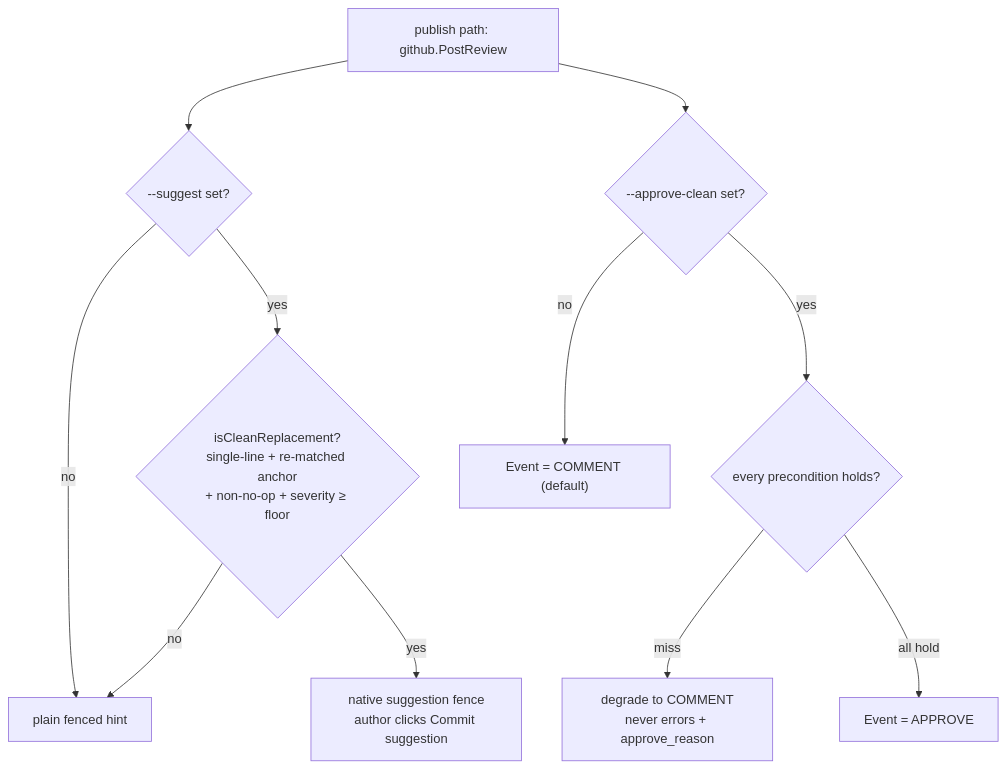
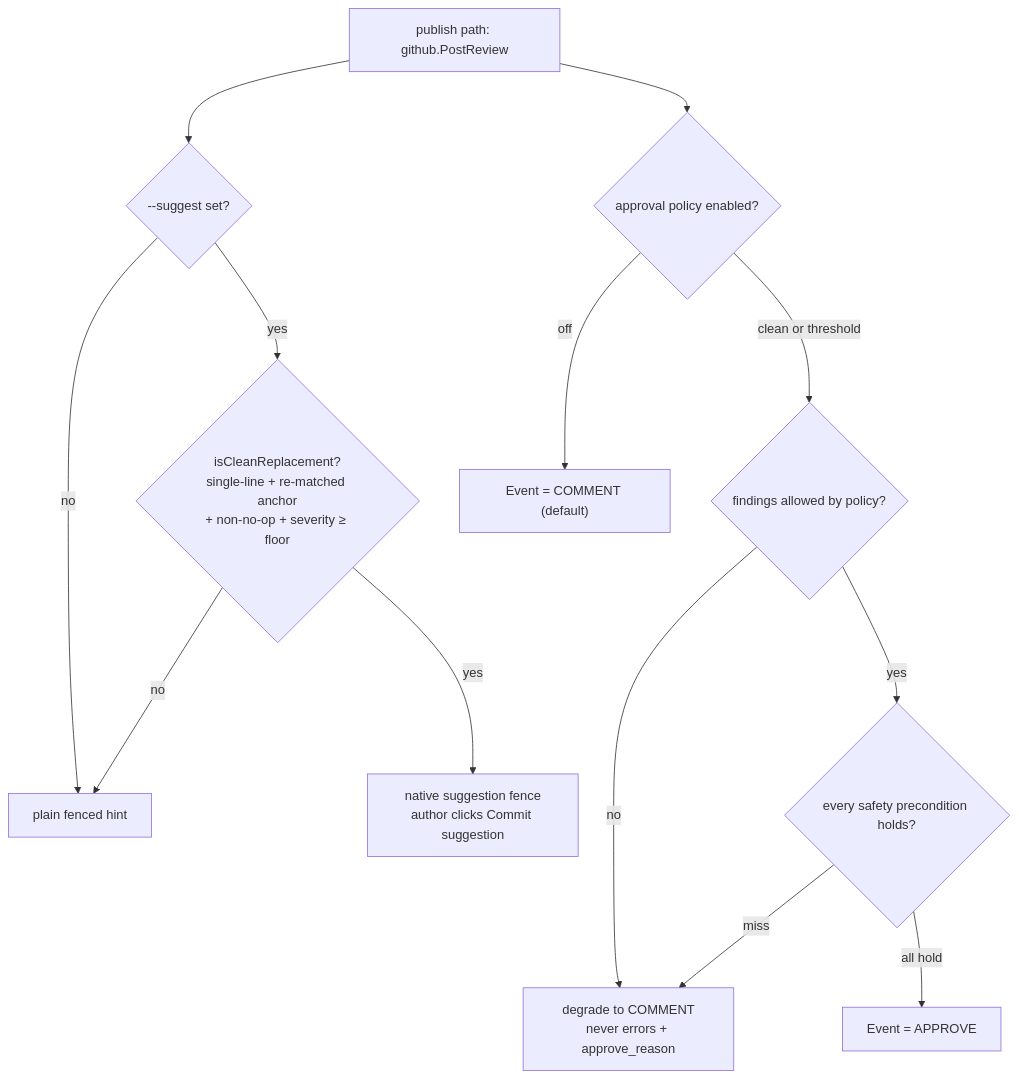
Before and after one commit to vanducng/miu-cr: the seventh of 10 diagrams in docs/content/architecture.md, drawn with Mermaid. The commit also changed other lines of this file and 24 other files, not shown here.

First line of the commit message:
feat(review): add approval policy thresholds (#175)

````diff
--- a/docs/content/architecture.md
+++ b/docs/content/architecture.md
@@ -288,15 +288,17 @@
 ```mermaid
 flowchart TD
     Pub["publish path: github.PostReview"]
     Pub --> Sug{"--suggest set?"}
     Sug -->|"no"| Hint["plain fenced hint"]
     Sug -->|"yes"| Clean{"isCleanReplacement?<br/>single-line + re-matched anchor<br/>+ non-no-op + severity ≥ floor"}
     Clean -->|"no"| Hint
     Clean -->|"yes"| Native["native suggestion fence<br/>author clicks Commit suggestion"]
 
-    Pub --> App{"--approve-clean set?"}
-    App -->|"no"| Comment["Event = COMMENT (default)"]
-    App -->|"yes"| Pre{"every precondition holds?"}
+    Pub --> App{"approval policy enabled?"}
+    App -->|"off"| Comment["Event = COMMENT (default)"]
+    App -->|"clean or threshold"| Pol{"findings allowed by policy?"}
+    Pol -->|"no"| Degrade
+    Pol -->|"yes"| Pre{"every safety precondition holds?"}
     Pre -->|"miss"| Degrade["degrade to COMMENT<br/>never errors + approve_reason"]
     Pre -->|"all hold"| Approve["Event = APPROVE"]
 ```
````
